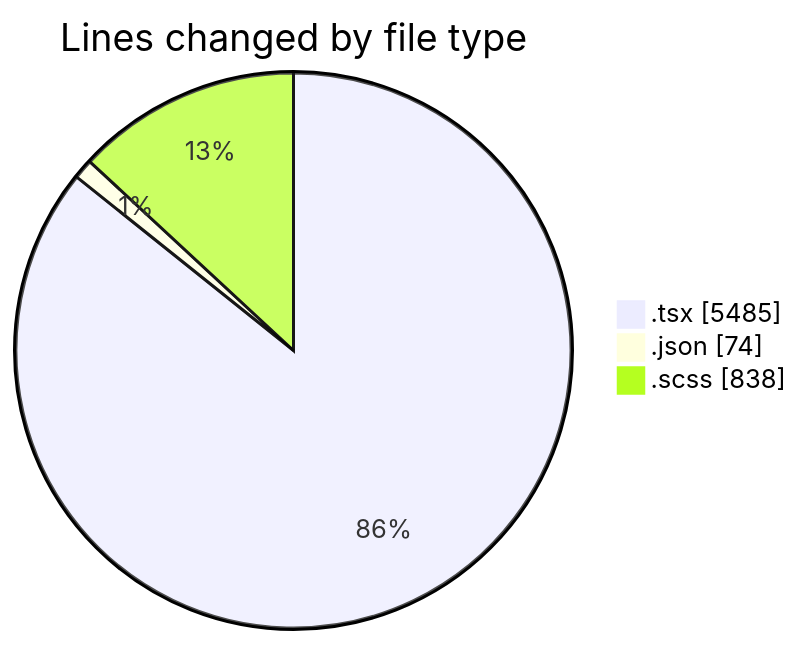
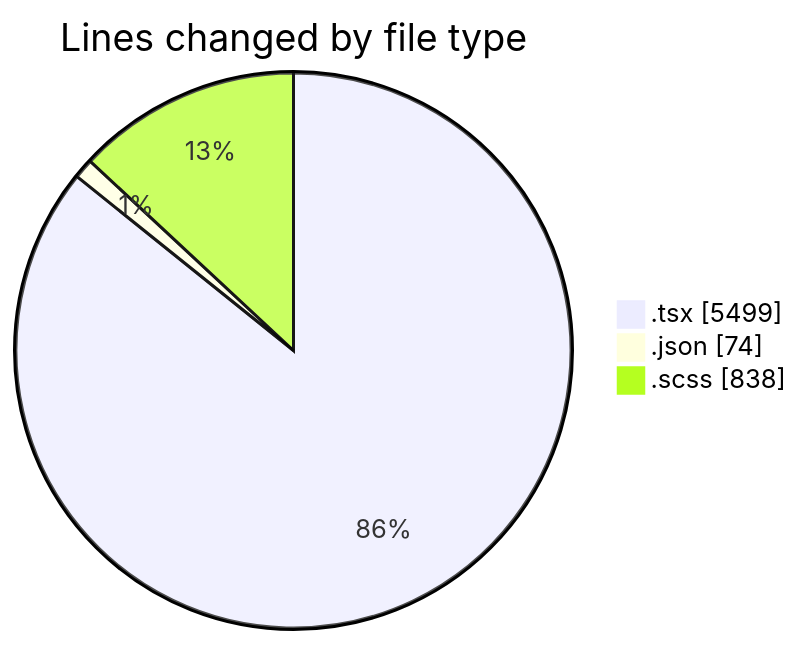
One commit to momahboobian/code-tracking changed the first of 2 diagrams in 2025-04-08/cda/README.md. Above: the diagram before and after it, drawn with Mermaid. The commit also changed other lines of this file and 1 other file, not shown here.

````diff
--- a/2025-04-08/cda/README.md
+++ b/2025-04-08/cda/README.md
@@ -38,7 +38,7 @@
 ```mermaid
 pie showData
 title Lines changed by file type
-".tsx" : 5485
+".tsx" : 5499
 ".json" : 74
 ".scss" : 838
 ```
````
